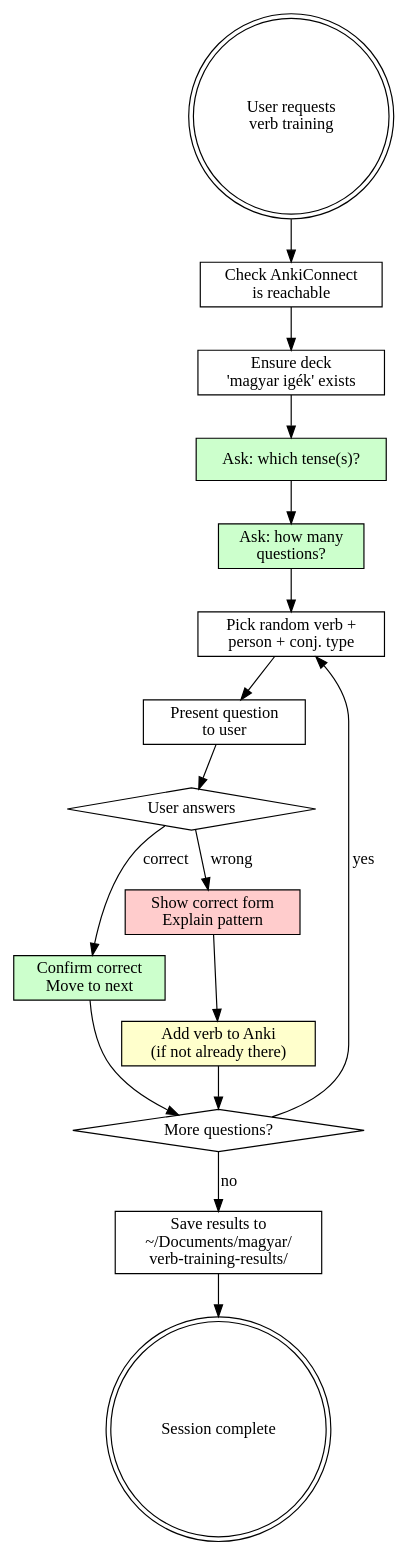
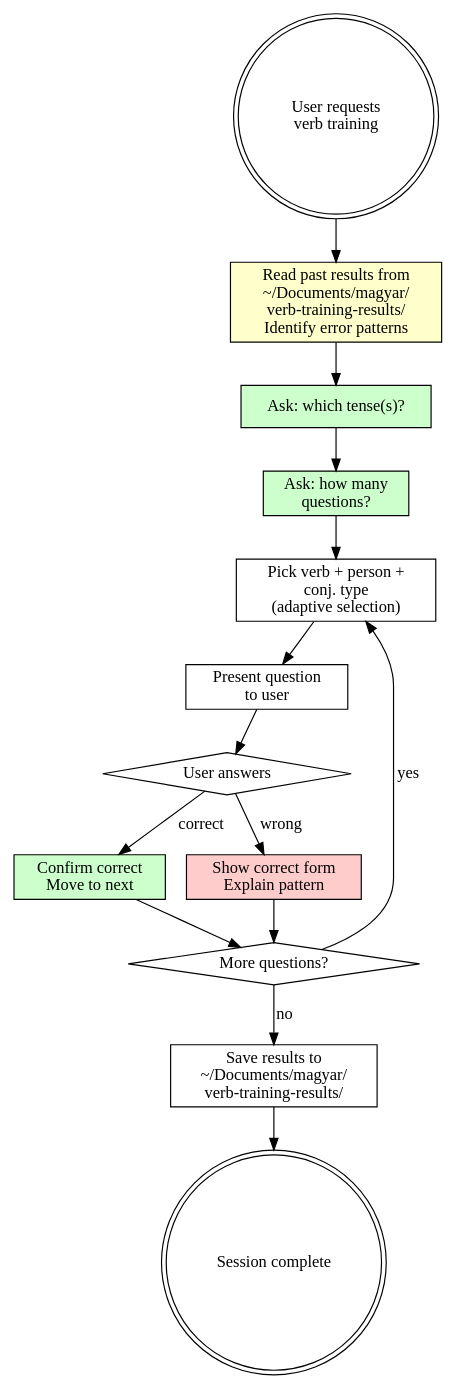
The diagram in magyar/hungarian-verb-trainer/SKILL.md (zadigus/skills), drawn with Graphviz before and after one commit. The commit also changed other lines of this file, not shown here.

Commit message:
Remove Anki integration and add adaptive question selection based on past results

````diff
--- a/magyar/hungarian-verb-trainer/SKILL.md
+++ b/magyar/hungarian-verb-trainer/SKILL.md
@@ -32,35 +14,31 @@
 ```dot
 digraph session {
     rankdir=TB;
     start [label="User requests\nverb training", shape=doublecircle];
-    check_anki [label="Check AnkiConnect\nis reachable", shape=box];
-    ensure_deck [label="Ensure deck\n'magyar igék' exists", shape=box];
+    review_history [label="Read past results from\n~/Documents/magyar/\nverb-training-results/\nIdentify error patterns", shape=box, style=filled, fillcolor="#ffffcc"];
     ask_tense [label="Ask: which tense(s)?", shape=box, style=filled, fillcolor="#ccffcc"];
     ask_count [label="Ask: how many\nquestions?", shape=box, style=filled, fillcolor="#ccffcc"];
-    pick_verb [label="Pick random verb +\nperson + conj. type", shape=box];
+    pick_verb [label="Pick verb + person +\nconj. type\n(adaptive selection)", shape=box];
     ask_user [label="Present question\nto user", shape=box];
     check_answer [label="User answers", shape=diamond];
     correct [label="Confirm correct\nMove to next", shape=box, style=filled, fillcolor="#ccffcc"];
     wrong [label="Show correct form\nExplain pattern", shape=box, style=filled, fillcolor="#ffcccc"];
-    add_anki [label="Add verb to Anki\n(if not already there)", shape=box, style=filled, fillcolor="#ffffcc"];
     more [label="More questions?", shape=diamond];
     results [label="Save results to\n~/Documents/magyar/\nverb-training-results/", shape=box];
     done [label="Session complete", shape=doublecircle];
 
-    start -> check_anki;
-    check_anki -> ensure_deck;
-    ensure_deck -> ask_tense;
+    start -> review_history;
+    review_history -> ask_tense;
     ask_tense -> ask_count;
     ask_count -> pick_verb;
     pick_verb -> ask_user;
     ask_user -> check_answer;
     check_answer -> correct [label="correct"];
     check_answer -> wrong [label="wrong"];
-    wrong -> add_anki;
+    wrong -> more;
     correct -> more;
-    add_anki -> more;
     more -> pick_verb [label="yes"];
     more -> results [label="no"];
     results -> done;
 }
 ```
````
